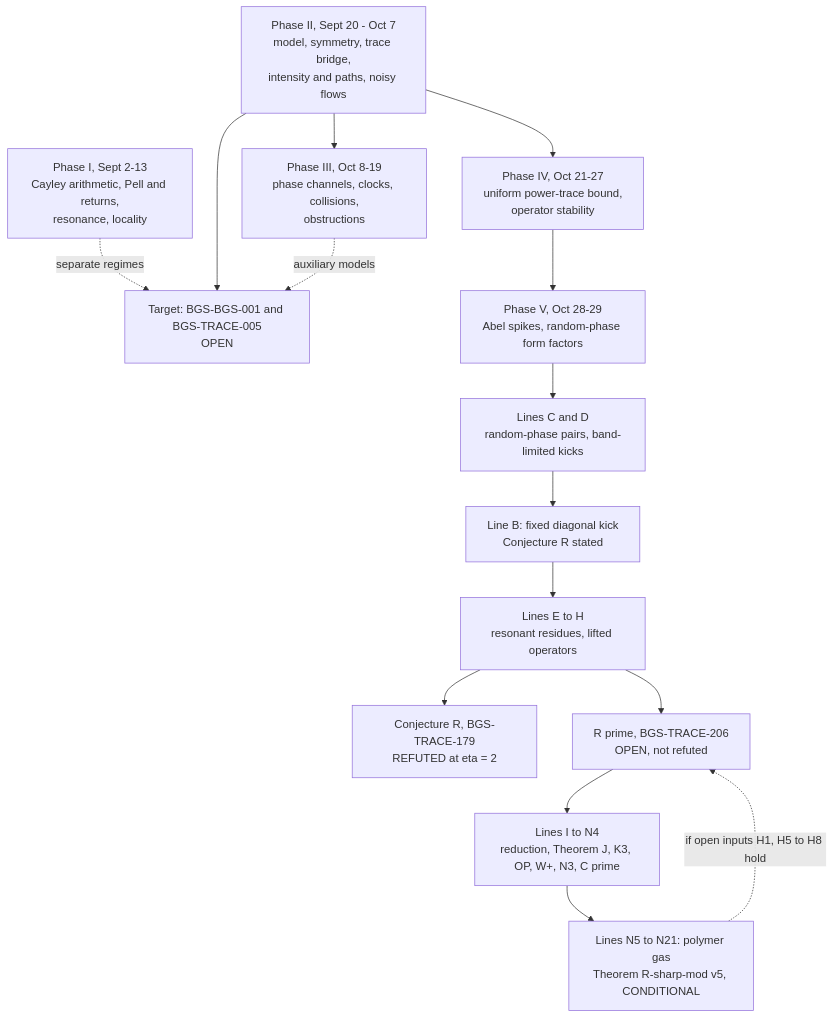
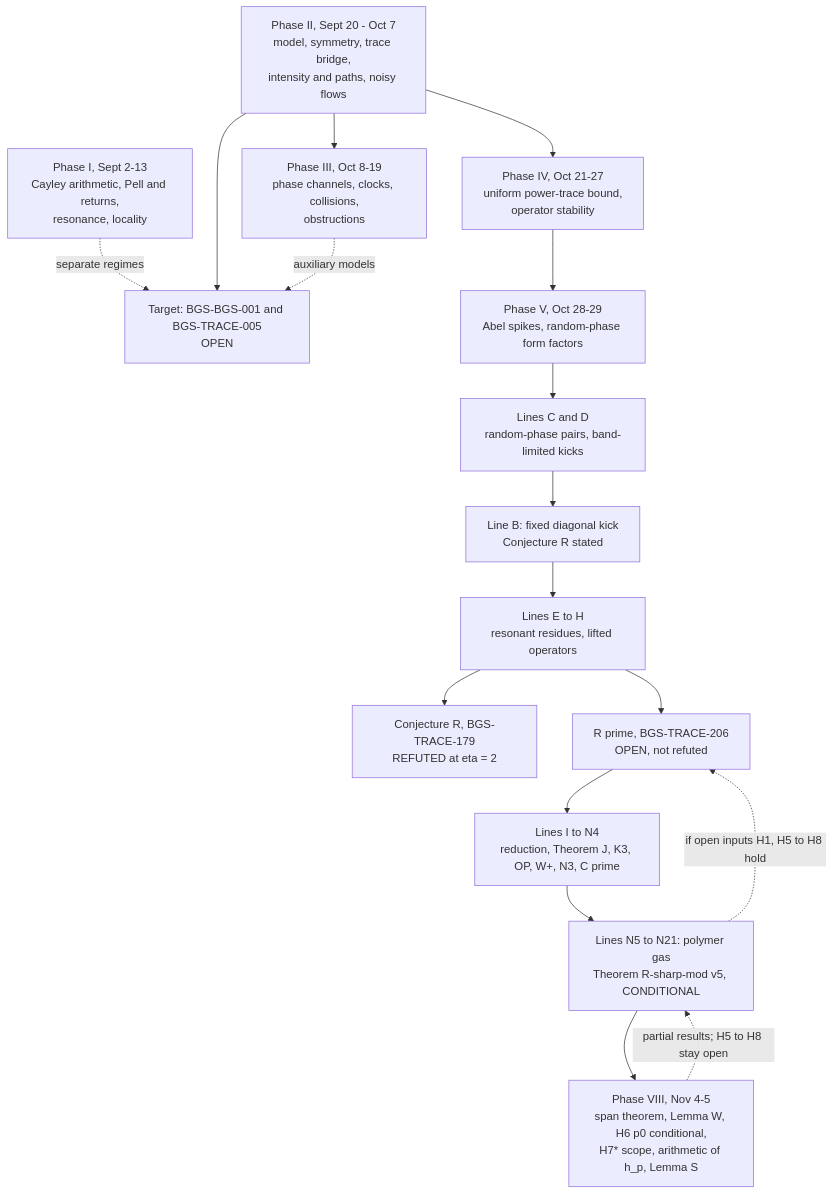
The diagram in README.md (ChurilovMaksim/BGS), drawn with Mermaid before and after one commit. The commit also changed other lines of this file and 64 other files, not shown here.

First line of the commit message:
Final polish: integrate Phase VIII, prepare research-2026.11.2

````diff
--- a/README.md
+++ b/README.md
@@ -295,27 +310,30 @@
 ```mermaid
 flowchart TD
   T["Target: BGS-BGS-001 and BGS-TRACE-005<br/>OPEN"]
   P1["Phase I, Sept 2-13<br/>Cayley arithmetic, Pell and returns,<br/>resonance, locality"]
   P2["Phase II, Sept 20 - Oct 7<br/>model, symmetry, trace bridge,<br/>intensity and paths, noisy flows"]
   P3["Phase III, Oct 8-19<br/>phase channels, clocks, collisions,<br/>obstructions"]
   P4["Phase IV, Oct 21-27<br/>uniform power-trace bound,<br/>operator stability"]
   P5["Phase V, Oct 28-29<br/>Abel spikes, random-phase form factors"]
   CD["Lines C and D<br/>random-phase pairs, band-limited kicks"]
   B["Line B: fixed diagonal kick<br/>Conjecture R stated"]
   EH["Lines E to H<br/>resonant residues, lifted operators"]
   R["Conjecture R, BGS-TRACE-179<br/>REFUTED at eta = 2"]
   RP["R prime, BGS-TRACE-206<br/>OPEN, not refuted"]
   IN["Lines I to N4<br/>reduction, Theorem J, K3, OP, W+, N3, C prime"]
   GAS["Lines N5 to N21: polymer gas<br/>Theorem R-sharp-mod v5, CONDITIONAL"]
+  P8["Phase VIII, Nov 4-5<br/>span theorem, Lemma W, H6 p0 conditional,<br/>H7* scope, arithmetic of h_p, Lemma S"]
   P1 -.->|"separate regimes"| T
   P2 --> T
   P2 --> P3
   P2 --> P4
   P3 -.->|"auxiliary models"| T
   P4 --> P5
   P5 --> CD --> B
   B --> EH --> R
   EH --> RP
   RP --> IN --> GAS
   GAS -.->|"if open inputs H1, H5 to H8 hold"| RP
+  GAS --> P8
+  P8 -.->|"partial results; H5 to H8 stay open"| GAS
 ```
````
